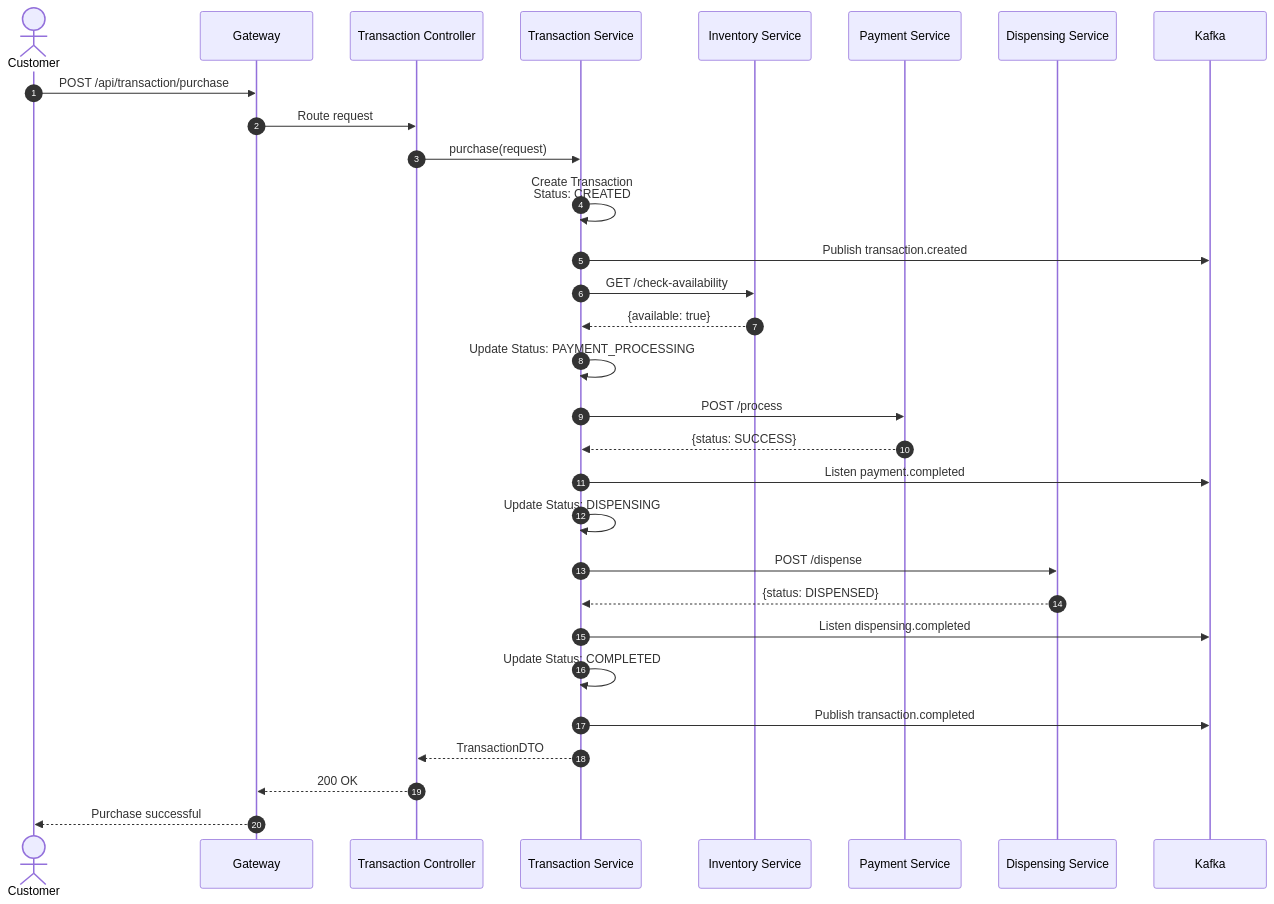
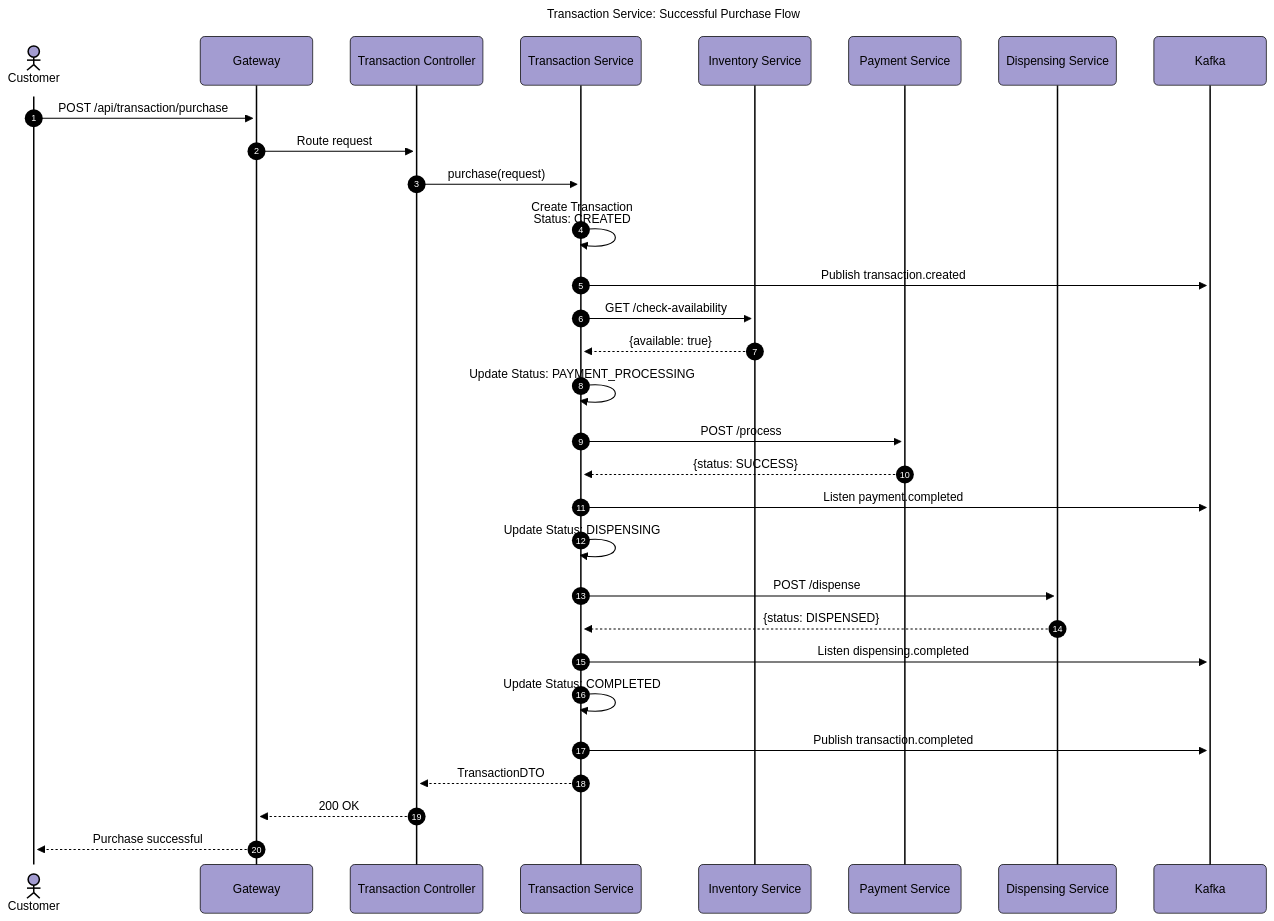
Before and after one commit to BrunoGil-AS/Vending-Machine-Microservices: the sixth of 8 diagrams in Documentation/diagrams/transaction-service.md, drawn with Mermaid. The commit also changed other lines of this file and 7 other files, not shown here.

Commit message:
docs: Update service diagrams with new configurations and titles

````diff
--- a/Documentation/diagrams/transaction-service.md
+++ b/Documentation/diagrams/transaction-service.md
@@ -291,40 +361,54 @@
 ```mermaid
+---
+config:
+  theme: base
+  themeVariables:
+    primaryColor: '#a39cd1ff'
+    primaryTextColor: '#000000'
+    secondaryTextColor: '#ffffffff'
+    primaryBorderColor: '#000000'
+    lineColor: '#000000ff'
+    secondaryColor: '#90b590ff'
+    tertiaryColor: '#f9f6a1ff'
+  look: neo
+title: 'Transaction Service: Successful Purchase Flow'
+---
 sequenceDiagram
     autonumber
     actor Customer
     participant Gateway
     participant Controller as Transaction Controller
     participant Service as Transaction Service
     participant Inventory as Inventory Service
     participant Payment as Payment Service
     participant Dispensing as Dispensing Service
     participant Kafka
 
     Customer->>Gateway: POST /api/transaction/purchase
     Gateway->>Controller: Route request
     Controller->>Service: purchase(request)
 
     Service->>Service: Create Transaction<br/>Status: CREATED
     Service->>Kafka: Publish transaction.created
 
     Service->>Inventory: GET /check-availability
     Inventory-->>Service: {available: true}
 
     Service->>Service: Update Status: PAYMENT_PROCESSING
     Service->>Payment: POST /process
     Payment-->>Service: {status: SUCCESS}
 
     Service->>Kafka: Listen payment.completed
     Service->>Service: Update Status: DISPENSING
 
     Service->>Dispensing: POST /dispense
     Dispensing-->>Service: {status: DISPENSED}
 
     Service->>Kafka: Listen dispensing.completed
     Service->>Service: Update Status: COMPLETED
     Service->>Kafka: Publish transaction.completed
 
     Service-->>Controller: TransactionDTO
     Controller-->>Gateway: 200 OK
     Gateway-->>Customer: Purchase successful
 ```
````
